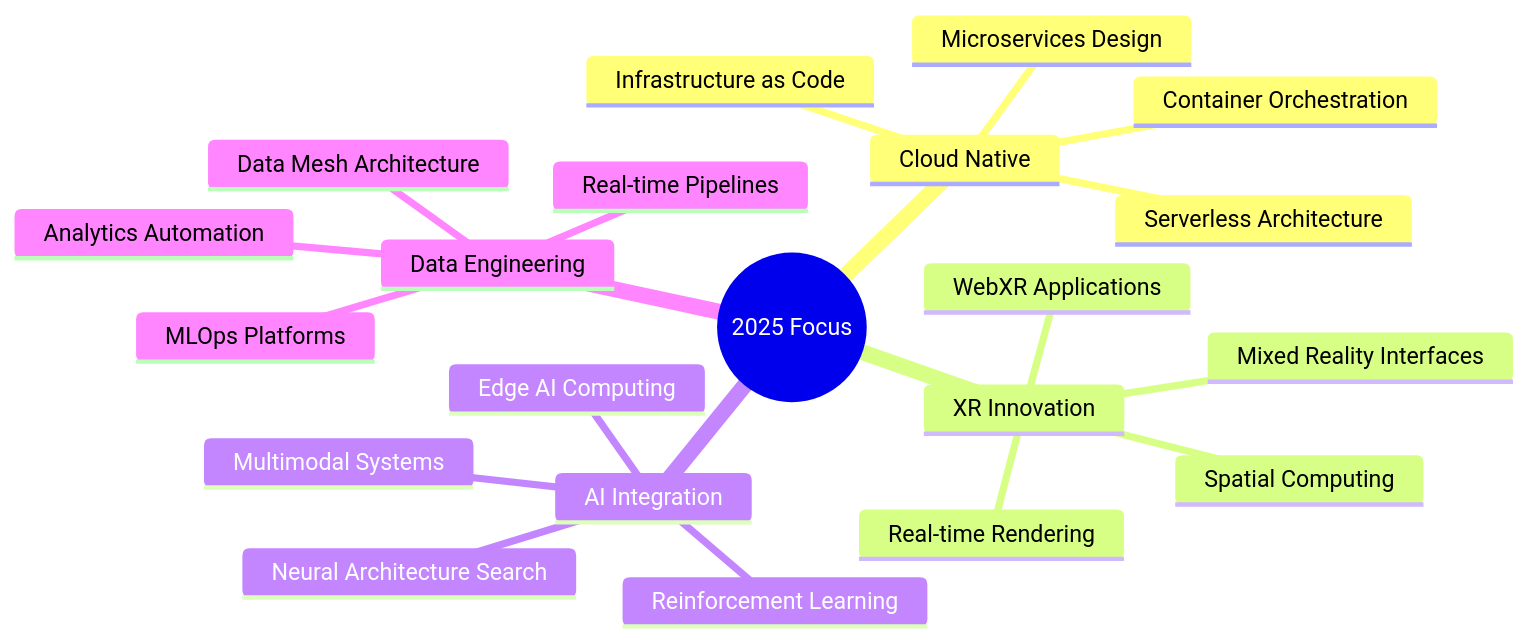
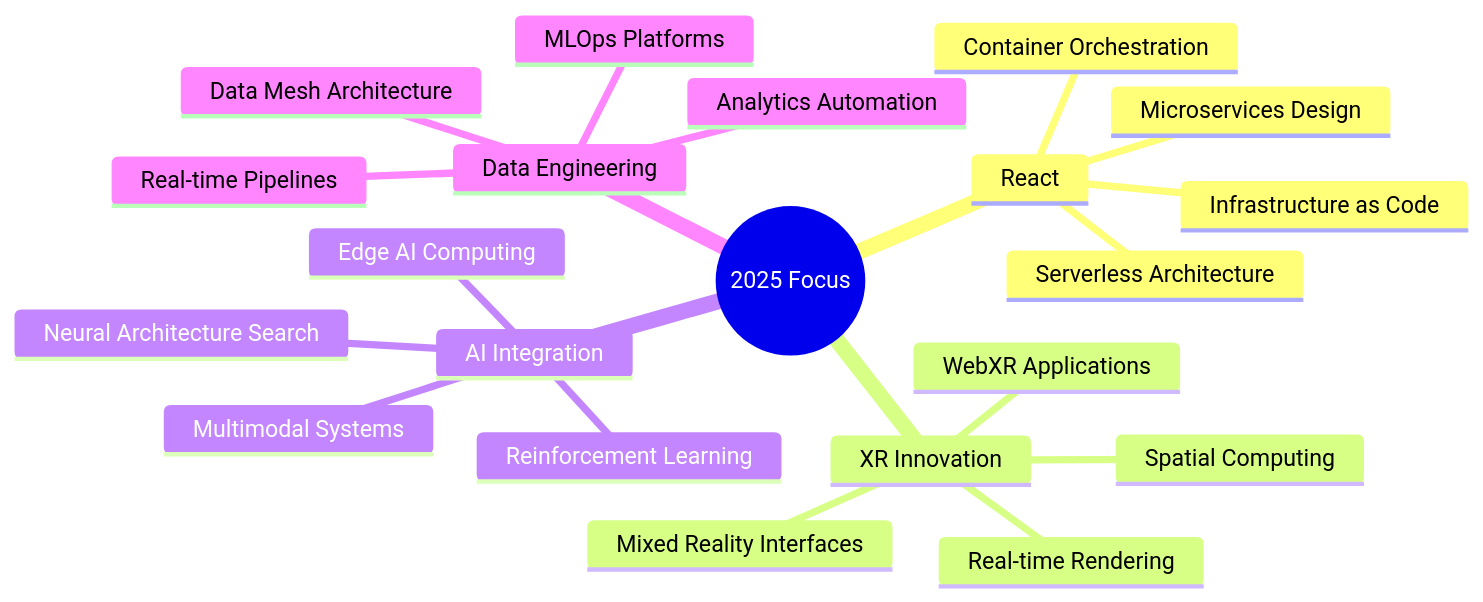
One commit to tasinvoid/tasinvoid changed the diagram in README.md. Above: the diagram before and after it, drawn with Mermaid. The commit also changed other lines of this file and 3 other files, not shown here.

````diff
--- a/README.md
+++ b/README.md
@@ -276,24 +157,24 @@
 ```mermaid
 mindmap
   root((2025 Focus))
-    Cloud Native
+    React
       Serverless Architecture
       Microservices Design
       Infrastructure as Code
       Container Orchestration
     XR Innovation
       WebXR Applications
       Spatial Computing
       Mixed Reality Interfaces
       Real-time Rendering
     AI Integration
       Multimodal Systems
       Reinforcement Learning
       Edge AI Computing
       Neural Architecture Search
     Data Engineering
       Real-time Pipelines
       MLOps Platforms
       Analytics Automation
       Data Mesh Architecture
 ```
````
